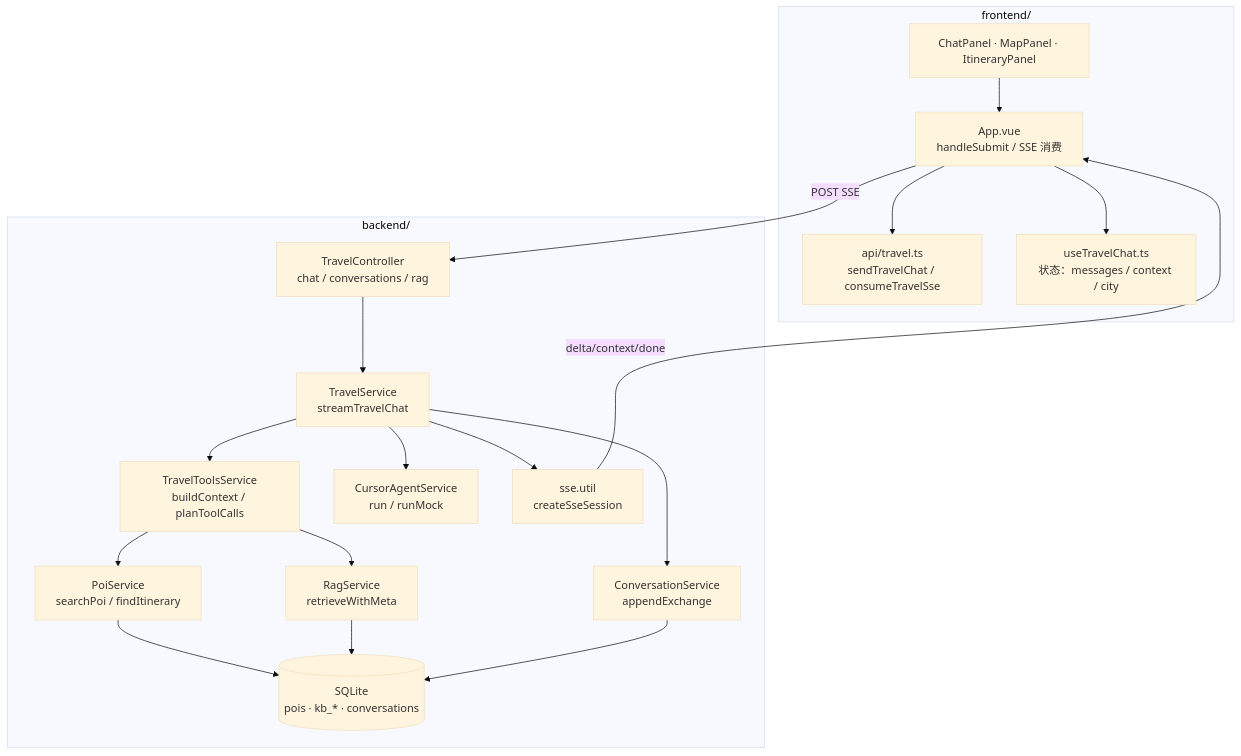
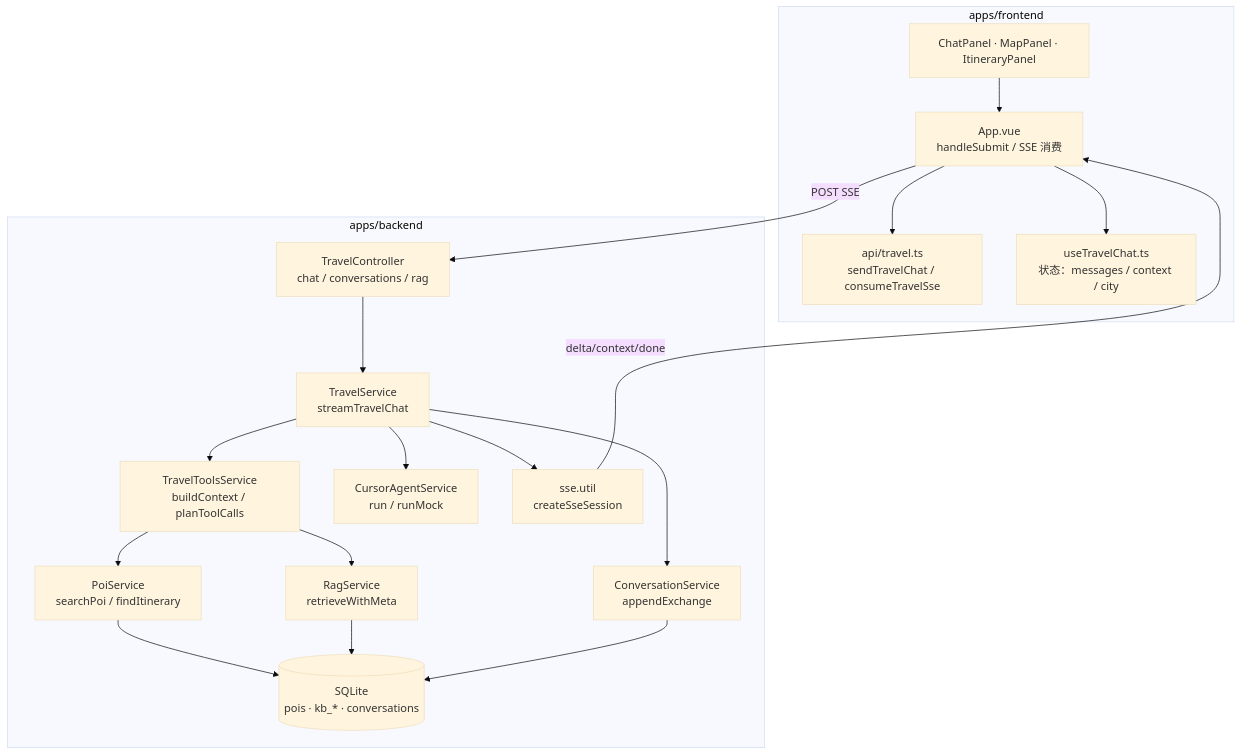
One commit to linxiUwendu/agent-starter changed the third of 12 diagrams in README.md. Above: the diagram before and after it, drawn with Mermaid (base theme). The commit also changed other lines of this file and 226 other files, not shown here.

````diff
--- a/README.md
+++ b/README.md
@@ -282,37 +413,37 @@
 ```mermaid
 graph TB
-  subgraph Frontend["frontend/"]
+  subgraph Frontend["apps/frontend"]
     App[App.vue<br/>handleSubmit / SSE 消费]
     API_FE[api/travel.ts<br/>sendTravelChat / consumeTravelSse]
     Store[useTravelChat.ts<br/>状态：messages / context / city]
     UI[ChatPanel · MapPanel · ItineraryPanel]
     App --> API_FE
     App --> Store
     UI --> App
   end
 
-  subgraph Backend["backend/"]
+  subgraph Backend["apps/backend"]
     TC[TravelController<br/>chat / conversations / rag]
     TS[TravelService<br/>streamTravelChat]
     TT[TravelToolsService<br/>buildContext / planToolCalls]
     RS[RagService<br/>retrieveWithMeta]
     PS[PoiService<br/>searchPoi / findItinerary]
     CS[ConversationService<br/>appendExchange]
     CA[CursorAgentService<br/>run / runMock]
     SSE[sse.util<br/>createSseSession]
     DB[(SQLite<br/>pois · kb_* · conversations)]
   end
 
   App -->|POST SSE| TC
   TC --> TS
   TS --> TT
   TS --> CA
   TS --> CS
   TS --> SSE
   TT --> PS
   TT --> RS
   PS --> DB
   RS --> DB
   CS --> DB
   SSE -->|delta/context/done| App
 ```
````
